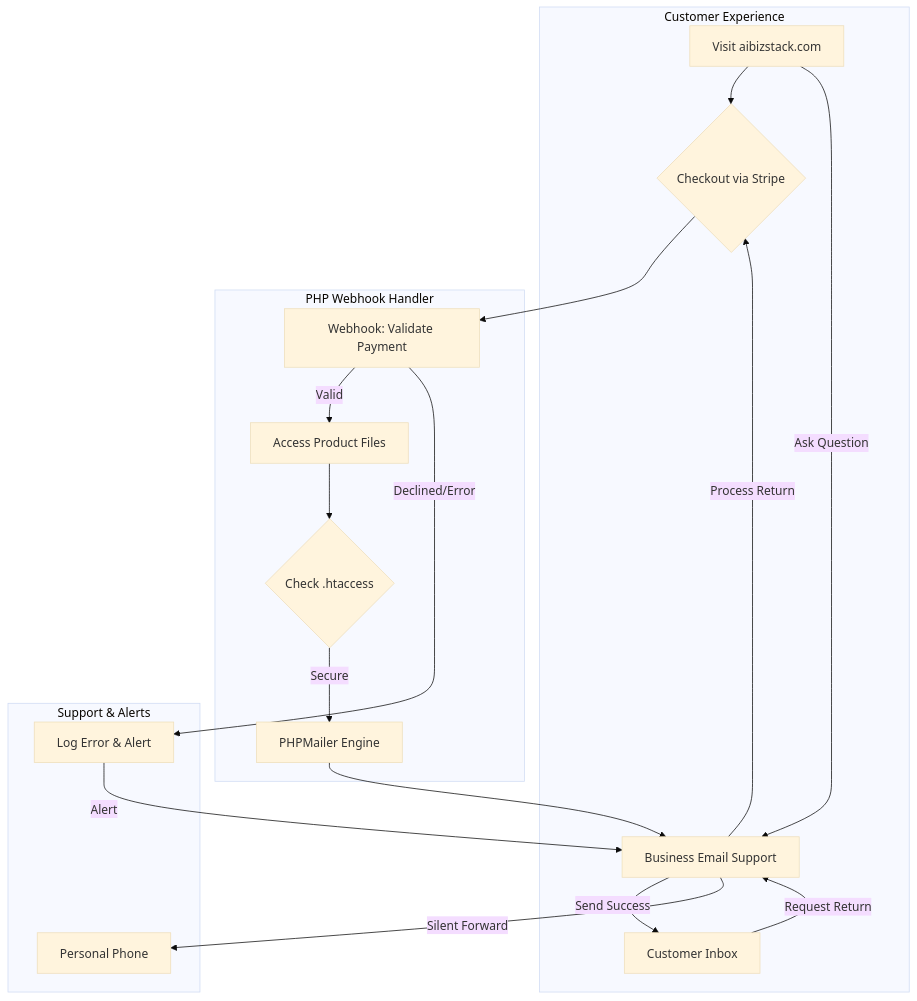
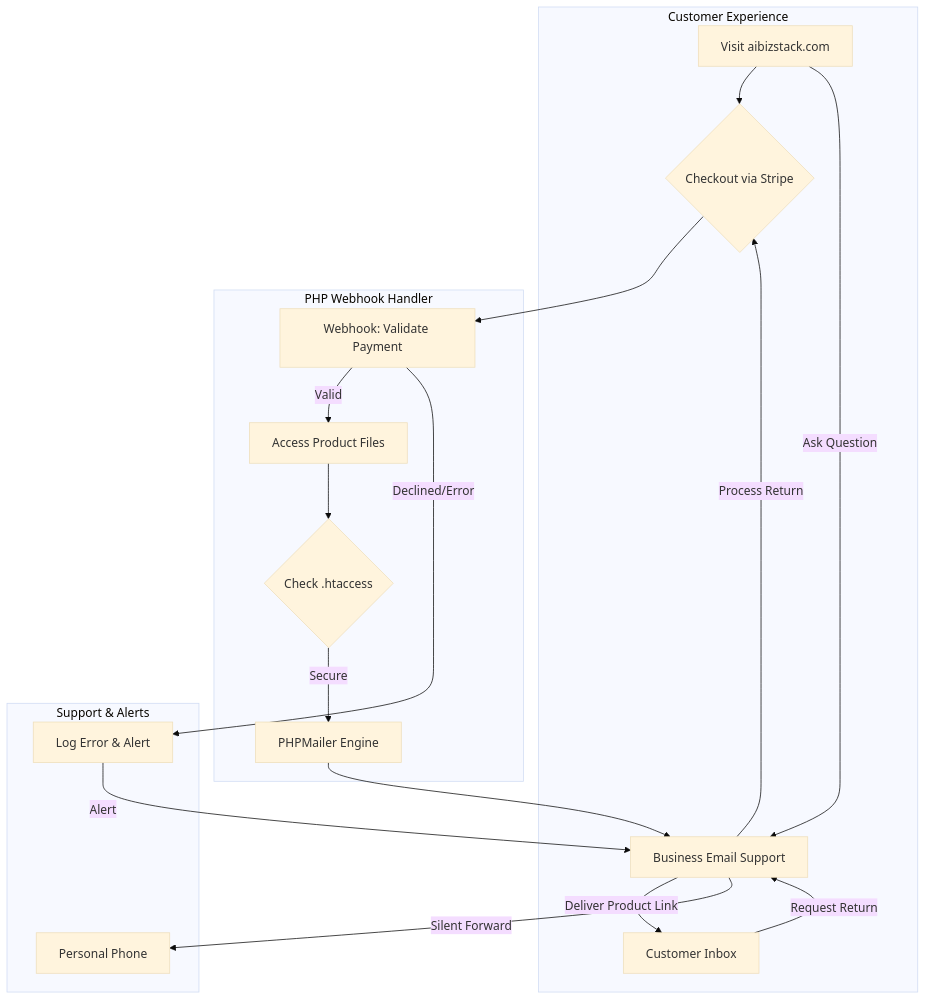
Before and after one commit to dougfret-sudo/AIBizstack-system-: the diagram in README.md, drawn with Mermaid (base theme).

````diff
--- a/README.md
+++ b/README.md
@@ -1,25 +1,25 @@
 ```mermaid
 graph TD
     subgraph Customer_Side [Customer Experience]
         A[Visit aibizstack.com] --> B{Checkout via Stripe}
         D[Customer Inbox]
         A -- Ask Question --> N
         D -- Request Return --> N
     end
 
     subgraph Logic_Layer [PHP Webhook Handler]
         B --> E[Webhook: Validate Payment]
         E -- Valid --> F[Access Product Files]
         F --> H{Check .htaccess}
         H -- Secure --> I[PHPMailer Engine]
         I --> N[Business Email Support]
     end
 
     subgraph Monitoring_Layer [Support & Alerts]
-        N[Business Email Support] -- Send Success --> D
+        N[Business Email Support] -- Deliver Product Link --> D
         N -- Process Return --> B
         N -- Silent Forward --> L[Personal Phone]
         E -- Declined/Error --> G[Log Error & Alert]
         G -- Alert --> N
     end
 ```
````
